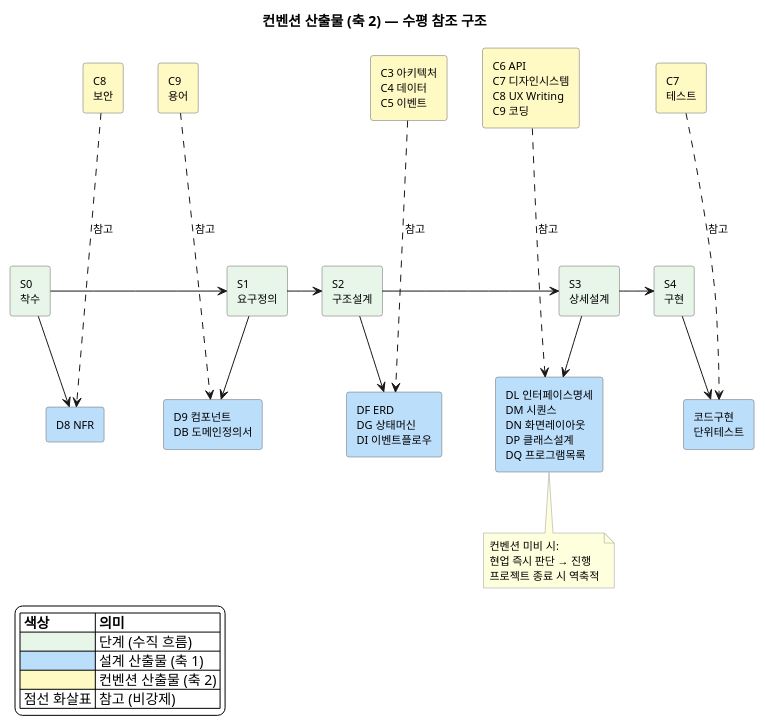
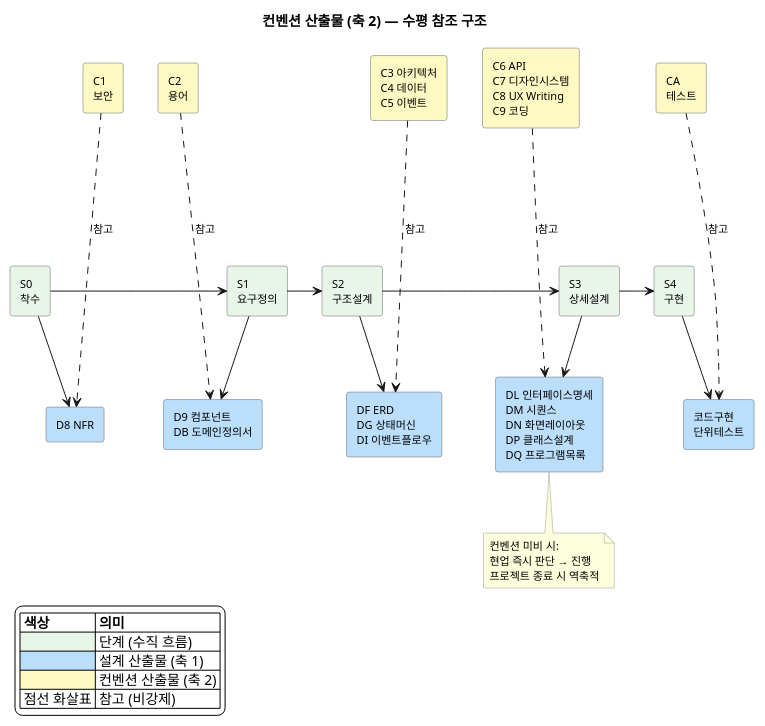
One commit to parknahyun/runNShop changed the first of 2 diagrams in docs/방법론/AI활용_개발방법론_산출물_흐름.md. Above: the diagram before and after it, drawn with PlantUML. The commit also changed other lines of this file and 12 other files, not shown here.

Commit message:
fix(컨벤션): 파일 내용 ID를 파일명과 일치시킴 + 방법론 잔류 구번호 수정 - 11개 컨벤션 파일 제목(# C{ID} ...) → 파일명과 동일한 번호로 수정 - 지침서: 중복해소 규칙 테이블 참조 번호 정정 (C8→C1, C9→C2, C1→C3 등) - 지침서: 타임라인 ASCII 참조 번호 정정 - 산출물흐름: PlantUML rectangle 라벨 + 매핑 테이블 번호 정정

````diff
--- a/docs/방법론/AI활용_개발방법론_산출물_흐름.md
+++ b/docs/방법론/AI활용_개발방법론_산출물_흐름.md
@@ -60,70 +60,70 @@
 ```plantuml
 @startuml
 skinparam backgroundColor transparent
 skinparam defaultFontSize 11
 skinparam rectangleBorderColor #666666
 skinparam noteBorderColor #999999
 title 컨벤션 산출물 (축 2) — 수평 참조 구조
 
 ' === 단계 수평 흐름 (축 1: 설계 산출물) ===
 rectangle "S0\n착수" as S0 #E8F5E9
 rectangle "S1\n요구정의" as S1 #E8F5E9
 rectangle "S2\n구조설계" as S2 #E8F5E9
 rectangle "S3\n상세설계" as S3 #E8F5E9
 rectangle "S4\n구현" as S4 #E8F5E9
 
 S0 -right-> S1
 S1 -right-> S2
 S2 -right-> S3
 S3 -right-> S4
 
 ' === 설계 산출물 (각 단계 아래) ===
 rectangle "D8 NFR" as NFR #BBDEFB
 rectangle "D9 컴포넌트\nDB 도메인정의서" as S1_ART #BBDEFB
 rectangle "DF ERD\nDG 상태머신\nDI 이벤트플로우" as S2_ART #BBDEFB
 rectangle "DL 인터페이스명세\nDM 시퀀스\nDN 화면레이아웃\nDP 클래스설계\nDQ 프로그램목록" as S3_ART #BBDEFB
 rectangle "코드구현\n단위테스트" as S4_ART #BBDEFB
 
 S0 -down-> NFR
 S1 -down-> S1_ART
 S2 -down-> S2_ART
 S3 -down-> S3_ART
 S4 -down-> S4_ART
 
 ' === 컨벤션 산출물 (상단, 수평으로 참고 공급) ===
-rectangle "C8\n보안" as C8 #FFF9C4
-rectangle "C9\n용어" as C9 #FFF9C4
+rectangle "C1\n보안" as C8 #FFF9C4
+rectangle "C2\n용어" as C9 #FFF9C4
 rectangle "C3 아키텍처\nC4 데이터\nC5 이벤트" as C156 #FFF9C4
 rectangle "C6 API\nC7 디자인시스템\nC8 UX Writing\nC9 코딩" as C2340 #FFF9C4
-rectangle "C7\n테스트" as C7 #FFF9C4
+rectangle "CA\n테스트" as C7 #FFF9C4
 
 ' === 컨벤션 → 설계 산출물 참고 연결 (점선) ===
 C8 ..down..> NFR : 참고
 C9 ..down..> S1_ART : 참고
 C156 ..down..> S2_ART : 참고
 C2340 ..down..> S3_ART : 참고
 C7 ..down..> S4_ART : 참고
 
 ' === 위치 정렬 ===
 C8 -[hidden]right-> C9
 C9 -[hidden]right-> C156
 C156 -[hidden]right-> C2340
 C2340 -[hidden]right-> C7
 
 ' === 범례 ===
 legend bottom left
   |= 색상 |= 의미 |
   | <#E8F5E9> | 단계 (수직 흐름) |
   | <#BBDEFB> | 설계 산출물 (축 1) |
   | <#FFF9C4> | 컨벤션 산출물 (축 2) |
   | 점선 화살표 | 참고 (비강제) |
 endlegend
 
 note bottom of S3_ART
   컨벤션 미비 시:
   현업 즉시 판단 → 진행
   프로젝트 종료 시 역축적
 end note
 
 @enduml
 ```
````
